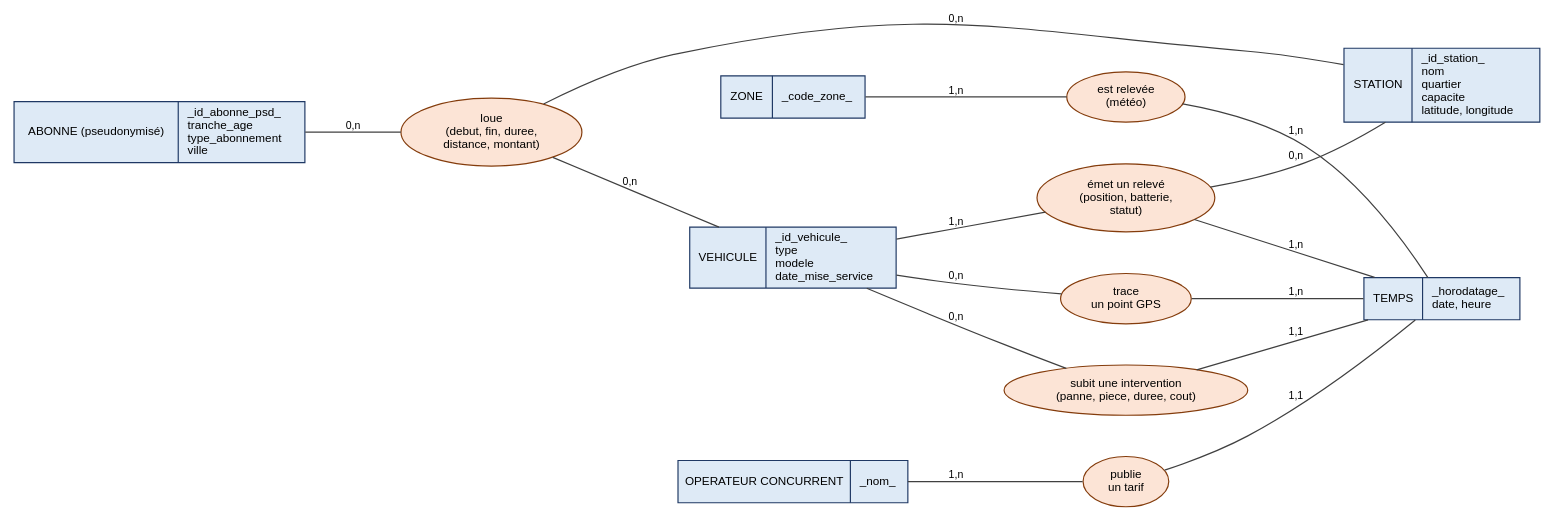
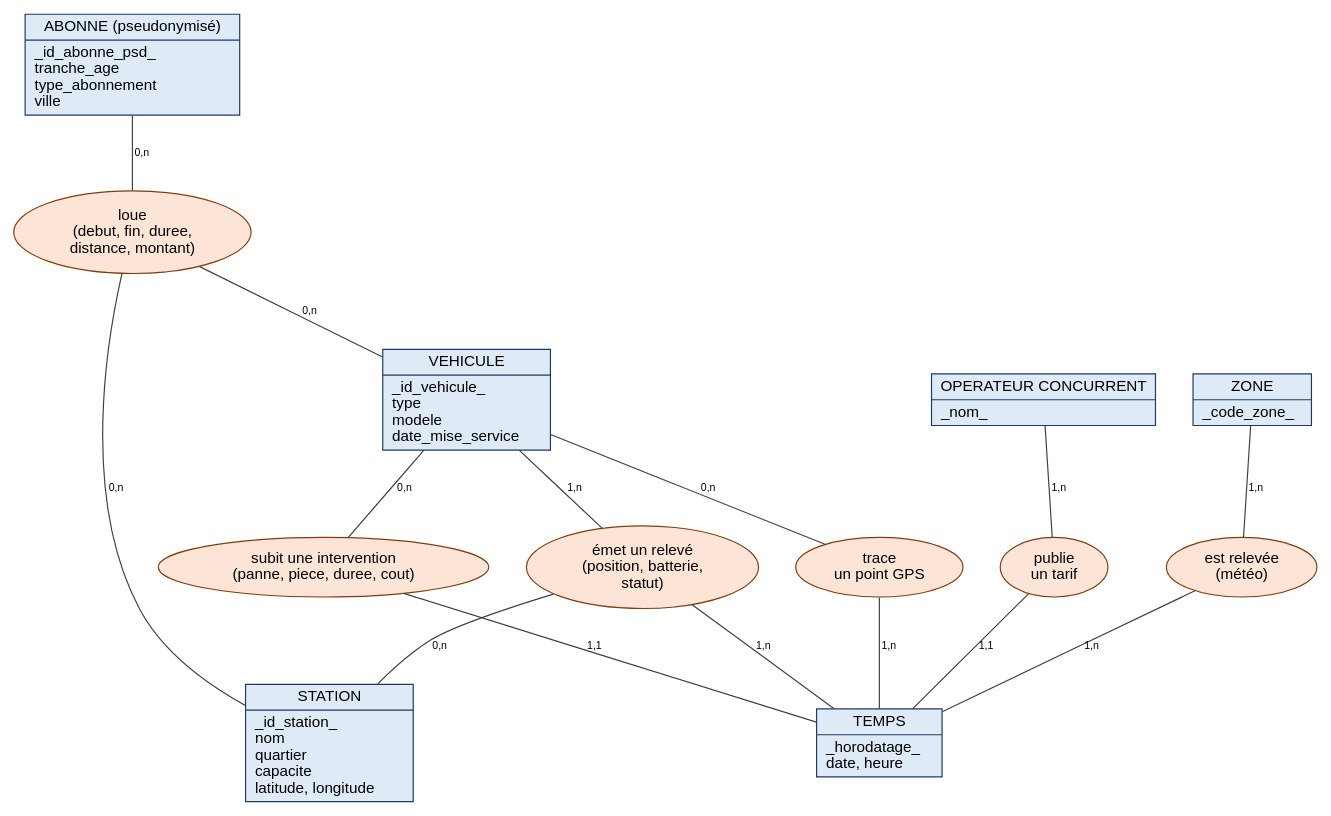
Before and after one commit to Mohbad88/velopolis-data-platform: the diagram in docs/img/mcd.dot, drawn with Graphviz. The commit also changed 3 other files, not shown here.

```diff
--- a/docs/img/mcd.dot
+++ b/docs/img/mcd.dot
@@ -1,26 +1,26 @@
-graph MCD { rankdir=LR; bgcolor=white; splines=true; nodesep=0.5; ranksep=0.9;
-node [fontname="Helvetica", fontsize=10];
+graph MCD { rankdir=TB; bgcolor=white; splines=true; nodesep=0.45; ranksep=0.75;
+node [fontname="Helvetica", fontsize=13];
 edge [fontname="Helvetica", fontsize=9, color="#404040"];
 // entités
 node [shape=record, style=filled, fillcolor="#DEEAF6", color="#1F3864"];
 V [label="{VEHICULE|_id_vehicule_\l type\l modele\l date_mise_service\l}"];
 S [label="{STATION|_id_station_\l nom\l quartier\l capacite\l latitude, longitude\l}"];
 A [label="{ABONNE (pseudonymisé)|_id_abonne_psd_\l tranche_age\l type_abonnement\l ville\l}"];
 T [label="{TEMPS|_horodatage_\l date, heure\l}"];
 Z [label="{ZONE|_code_zone_\l}"];
 O [label="{OPERATEUR CONCURRENT|_nom_\l}"];
 // associations
 node [shape=ellipse, style=filled, fillcolor="#FCE4D6", color="#843C0C", height=0.5];
 r1 [label="émet un relevé\n(position, batterie,\nstatut)"];
 r2 [label="loue\n(debut, fin, duree,\ndistance, montant)"];
 r3 [label="subit une intervention\n(panne, piece, duree, cout)"];
 r4 [label="est relevée\n(météo)"];
 r5 [label="publie\nun tarif"];
 r6 [label="trace\nun point GPS"];
 V -- r1 [label="1,n"]; r1 -- T [label="1,n"]; r1 -- S [label="0,n"];
 A -- r2 [label="0,n"]; r2 -- V [label="0,n"]; r2 -- S [label="0,n"];
 V -- r3 [label="0,n"]; r3 -- T [label="1,1"];
 Z -- r4 [label="1,n"]; r4 -- T [label="1,n"];
 O -- r5 [label="1,n"]; r5 -- T [label="1,1"];
 V -- r6 [label="0,n"]; r6 -- T [label="1,n"];
 }
```
